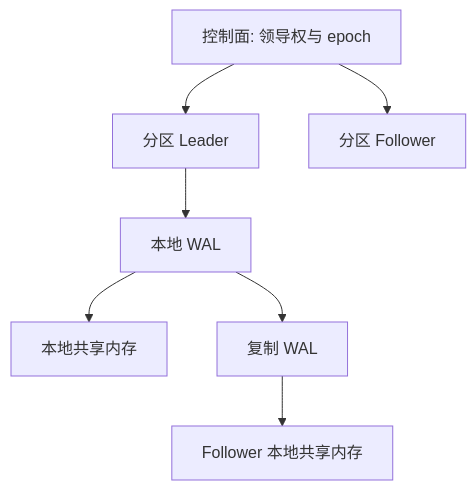
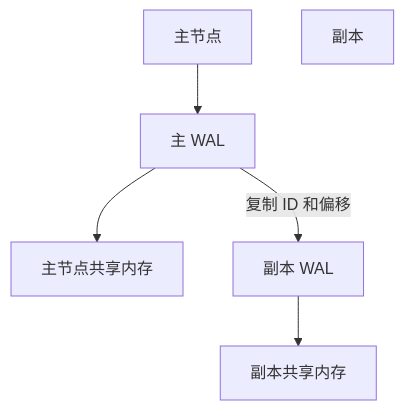
One commit to chenjie-dev/qdb changed the third of 3 diagrams in docs/design.md. Above: the diagram before and after it, drawn with Mermaid. The commit also changed other lines of this file and 11 other files, not shown here.

````diff
--- a/docs/design.md
+++ b/docs/design.md
@@ -891,12 +897,9 @@
 ```mermaid
 flowchart TB
-  raft[控制面: 领导权与 epoch]
-  leader[分区 Leader]
-  follower[分区 Follower]
-  raft --> leader
-  raft --> follower
-  leader --> walL[本地 WAL]
-  walL --> shmL[本地共享内存]
-  walL --> walF[复制 WAL]
-  walF --> shmF[Follower 本地共享内存]
+  master[主节点]
+  replica[副本]
+  master --> walM[主 WAL]
+  walM --> shmM[主节点共享内存]
+  walM -->|复制 ID 和偏移| walR[副本 WAL]
+  walR --> shmR[副本共享内存]
 ```
````
